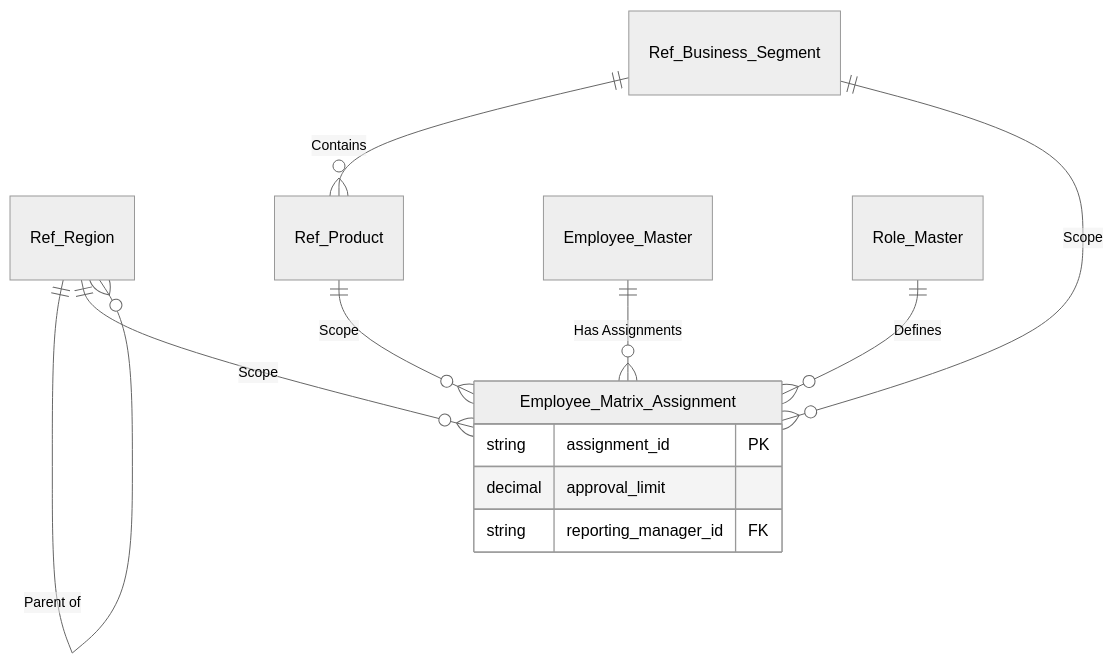
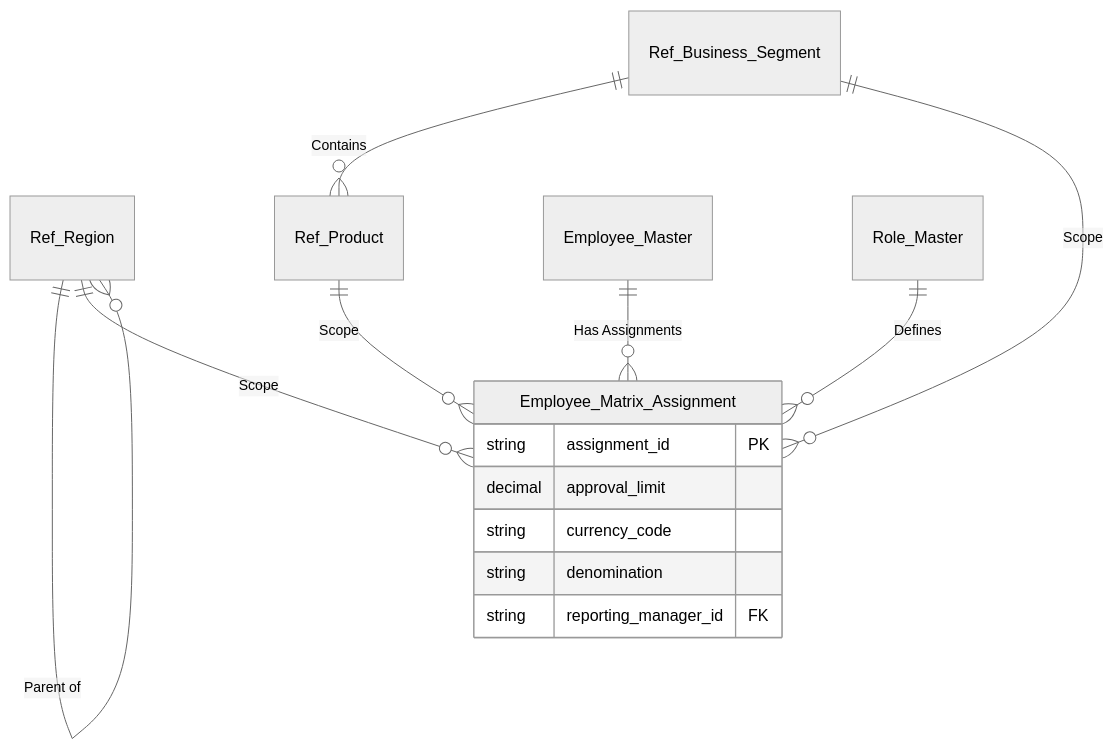
One commit to parasdshah/workflow-user-stories changed the diagram in _Detailed_requirements/AK_HRMS_Data_Model_Design.md. Above: the diagram before and after it, drawn with Mermaid (neutral theme). The commit also changed other lines of this file, not shown here.

Commit message:
Approval Limit Currency - New Requirement Updates

````diff
--- a/_Detailed_requirements/AK_HRMS_Data_Model_Design.md
+++ b/_Detailed_requirements/AK_HRMS_Data_Model_Design.md
@@ -130,18 +133,20 @@
 ```mermaid
 erDiagram
     Ref_Region ||--o{ Ref_Region : "Parent of"
     Ref_Business_Segment ||--o{ Ref_Product : "Contains"
     
     Employee_Master ||--o{ Employee_Matrix_Assignment : "Has Assignments"
     Role_Master ||--o{ Employee_Matrix_Assignment : "Defines"
     
     Ref_Region ||--o{ Employee_Matrix_Assignment : "Scope"
     Ref_Business_Segment ||--o{ Employee_Matrix_Assignment : "Scope"
     Ref_Product ||--o{ Employee_Matrix_Assignment : "Scope"
 
     Employee_Matrix_Assignment {
         string assignment_id PK
         decimal approval_limit
+        string currency_code
+        string denomination
         string reporting_manager_id FK
     }
 ```
````
